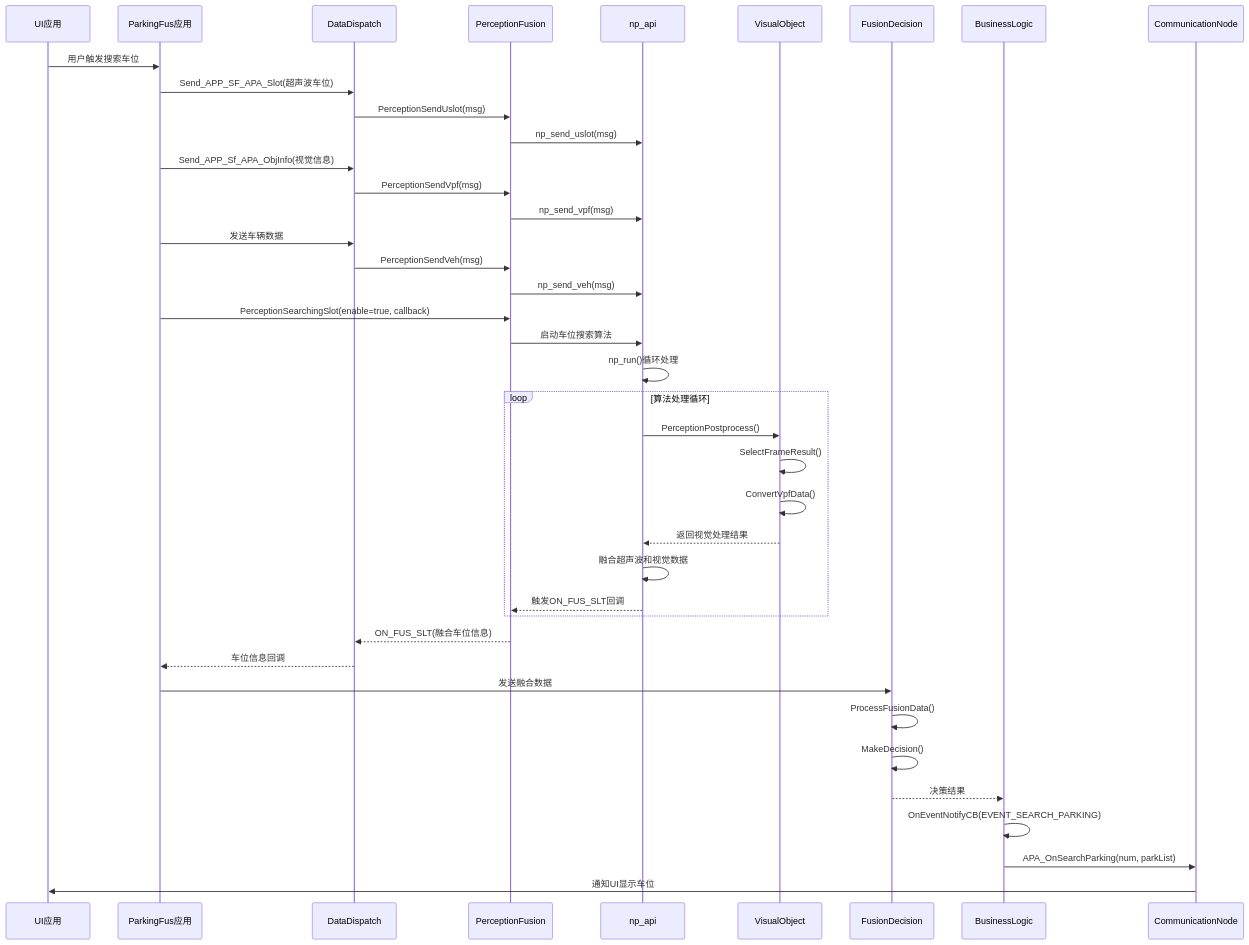
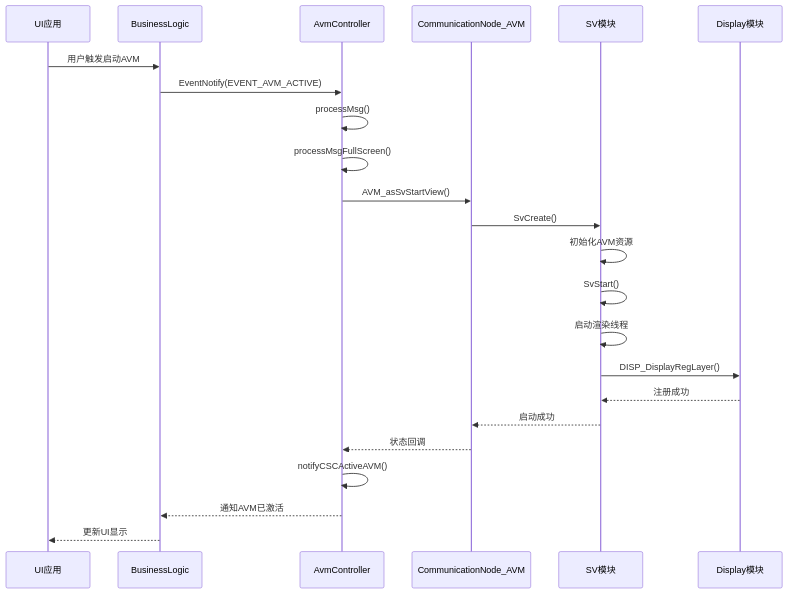
The fourth of 9 diagrams in 项目架构图.md (wangye311/AVM), drawn with Mermaid before and after one commit. The commit also changed other lines of this file, not shown here.

````diff
--- a/项目架构图.md
+++ b/项目架构图.md
@@ -548,50 +267,26 @@
 ```mermaid
 sequenceDiagram
     participant UI as UI应用
-    participant App as ParkingFus应用
-    participant Dispatch as DataDispatch
-    participant PF as PerceptionFusion
-    participant NP as np_api
-    participant VO as VisualObject
-    participant FD as FusionDecision
     participant BL as BusinessLogic
-    participant Comm as CommunicationNode
+    participant AC as AvmController
+    participant CN as CommunicationNode_AVM
+    participant SV as SV模块
+    participant Display as Display模块
     
-    UI->>App: 用户触发搜索车位
-    App->>Dispatch: Send_APP_SF_APA_Slot(超声波车位)
-    Dispatch->>PF: PerceptionSendUslot(msg)
-    PF->>NP: np_send_uslot(msg)
-    
-    App->>Dispatch: Send_APP_Sf_APA_ObjInfo(视觉信息)
-    Dispatch->>PF: PerceptionSendVpf(msg)
-    PF->>NP: np_send_vpf(msg)
-    
-    App->>Dispatch: 发送车辆数据
-    Dispatch->>PF: PerceptionSendVeh(msg)
-    PF->>NP: np_send_veh(msg)
-    
-    App->>PF: PerceptionSearchingSlot(enable=true, callback)
-    PF->>NP: 启动车位搜索算法
-    NP->>NP: np_run()循环处理
-    
-    loop 算法处理循环
-        NP->>VO: PerceptionPostprocess()
-        VO->>VO: SelectFrameResult()
-        VO->>VO: ConvertVpfData()
-        VO-->>NP: 返回视觉处理结果
-        NP->>NP: 融合超声波和视觉数据
-        NP-->>PF: 触发ON_FUS_SLT回调
-    end
-    
-    PF-->>Dispatch: ON_FUS_SLT(融合车位信息)
-    Dispatch-->>App: 车位信息回调
-    
-    App->>FD: 发送融合数据
-    FD->>FD: ProcessFusionData()
-    FD->>FD: MakeDecision()
-    FD-->>BL: 决策结果
-    
-    BL->>BL: OnEventNotifyCB(EVENT_SEARCH_PARKING)
-    BL->>Comm: APA_OnSearchParking(num, parkList)
-    Comm->>UI: 通知UI显示车位
+    UI->>BL: 用户触发启动AVM
+    BL->>AC: EventNotify(EVENT_AVM_ACTIVE)
+    AC->>AC: processMsg()
+    AC->>AC: processMsgFullScreen()
+    AC->>CN: AVM_asSvStartView()
+    CN->>SV: SvCreate()
+    SV->>SV: 初始化AVM资源
+    SV->>SV: SvStart()
+    SV->>SV: 启动渲染线程
+    SV->>Display: DISP_DisplayRegLayer()
+    Display-->>SV: 注册成功
+    SV-->>CN: 启动成功
+    CN-->>AC: 状态回调
+    AC->>AC: notifyCSCActiveAVM()
+    AC-->>BL: 通知AVM已激活
+    BL-->>UI: 更新UI显示
 ```
````
